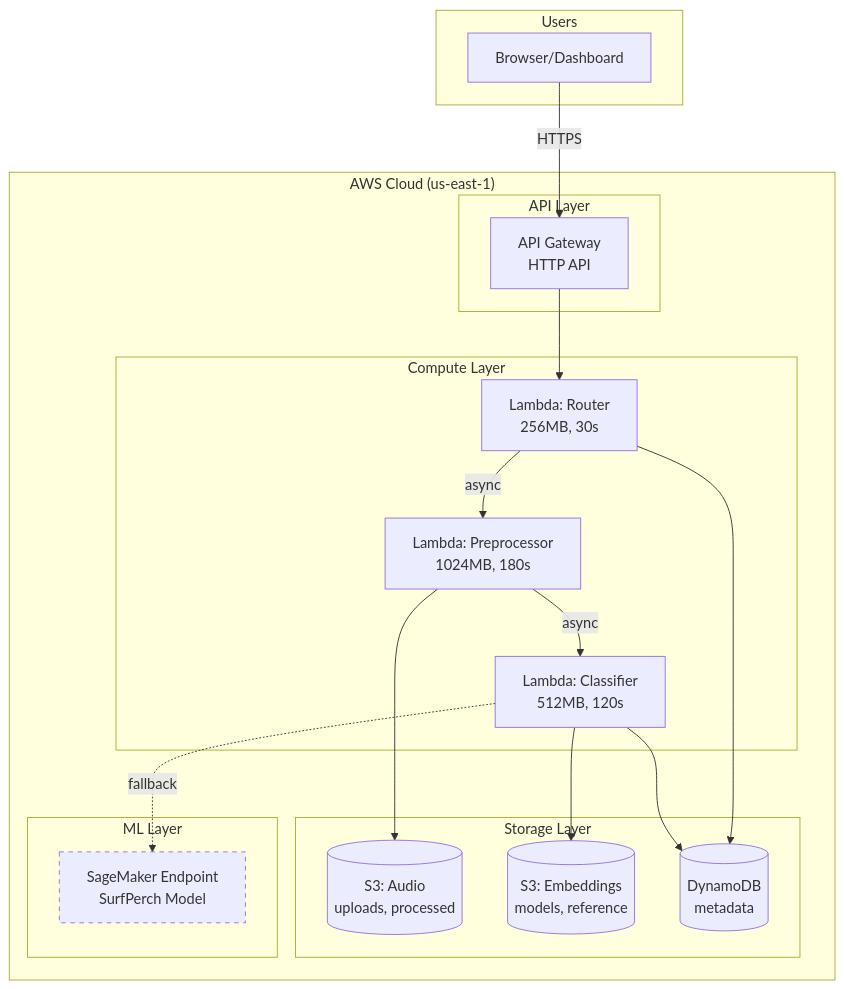
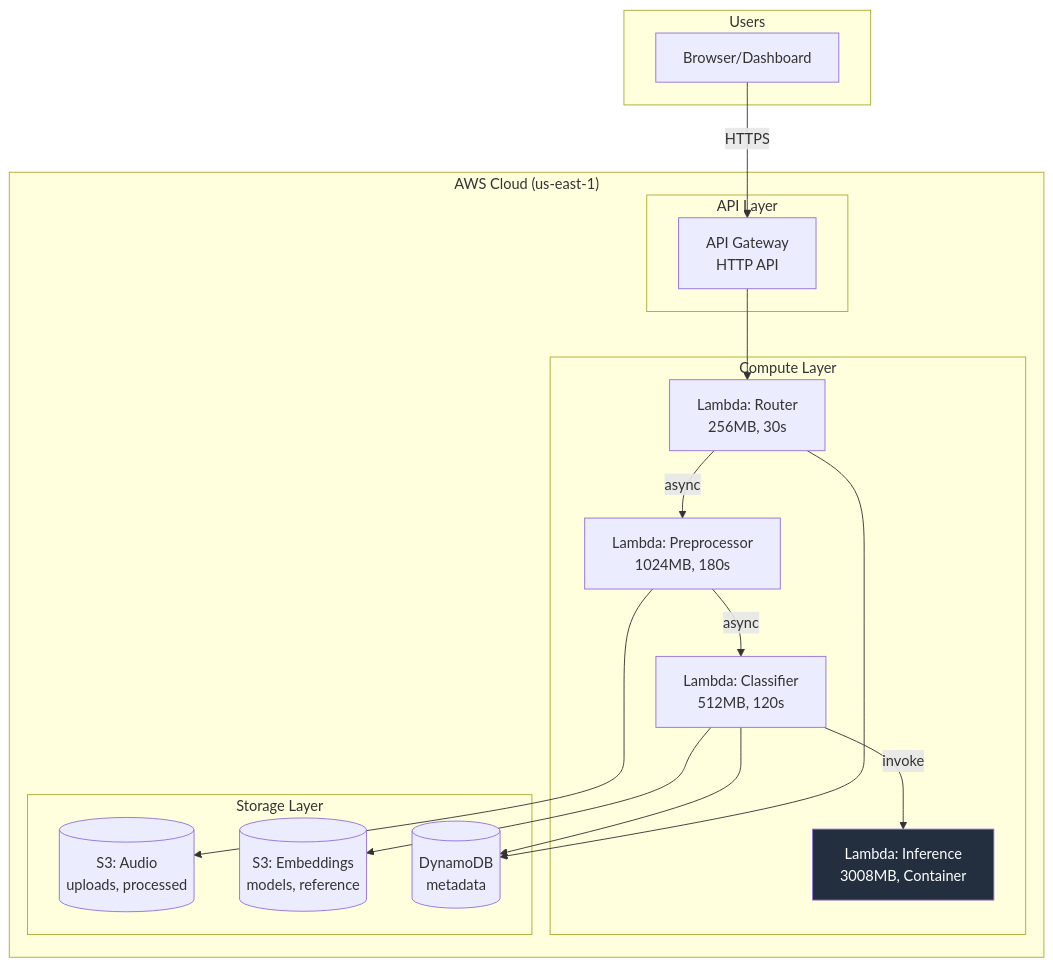
One commit to TyLuHow/ReefRadar changed the diagram in PORTFOLIO.md. Above: the diagram before and after it, drawn with Mermaid. The commit also changed other lines of this file and 5 other files, not shown here.

First line of the commit message:
docs: update all documentation to reflect 54 sites, Lambda container inference, current architecture

````diff
--- a/PORTFOLIO.md
+++ b/PORTFOLIO.md
@@ -5,40 +5,37 @@
 ```mermaid
 flowchart TB
     subgraph Users
         A[Browser/Dashboard]
     end
 
     subgraph AWS["AWS Cloud (us-east-1)"]
         subgraph API["API Layer"]
             B[API Gateway<br/>HTTP API]
         end
 
         subgraph Compute["Compute Layer"]
             C[Lambda: Router<br/>256MB, 30s]
             D[Lambda: Preprocessor<br/>1024MB, 180s]
             E[Lambda: Classifier<br/>512MB, 120s]
+            F[Lambda: Inference<br/>3008MB, Container]
         end
 
         subgraph Storage["Storage Layer"]
-            F[(S3: Audio<br/>uploads, processed)]
-            G[(S3: Embeddings<br/>models, reference)]
-            H[(DynamoDB<br/>metadata)]
-        end
-
-        subgraph ML["ML Layer"]
-            I[SageMaker Endpoint<br/>SurfPerch Model]
+            G[(S3: Audio<br/>uploads, processed)]
+            H[(S3: Embeddings<br/>models, reference)]
+            I[(DynamoDB<br/>metadata)]
         end
     end
 
     A -->|HTTPS| B
     B --> C
     C -->|async| D
-    C --> H
+    C --> I
     D -->|async| E
-    D --> F
-    E --> G
+    D --> G
+    E -->|invoke| F
     E --> H
-    E -.->|fallback| I
+    E --> I
 
-    style I stroke-dasharray: 5 5
+    style F fill:#232f3e,color:#fff
 ```
````
